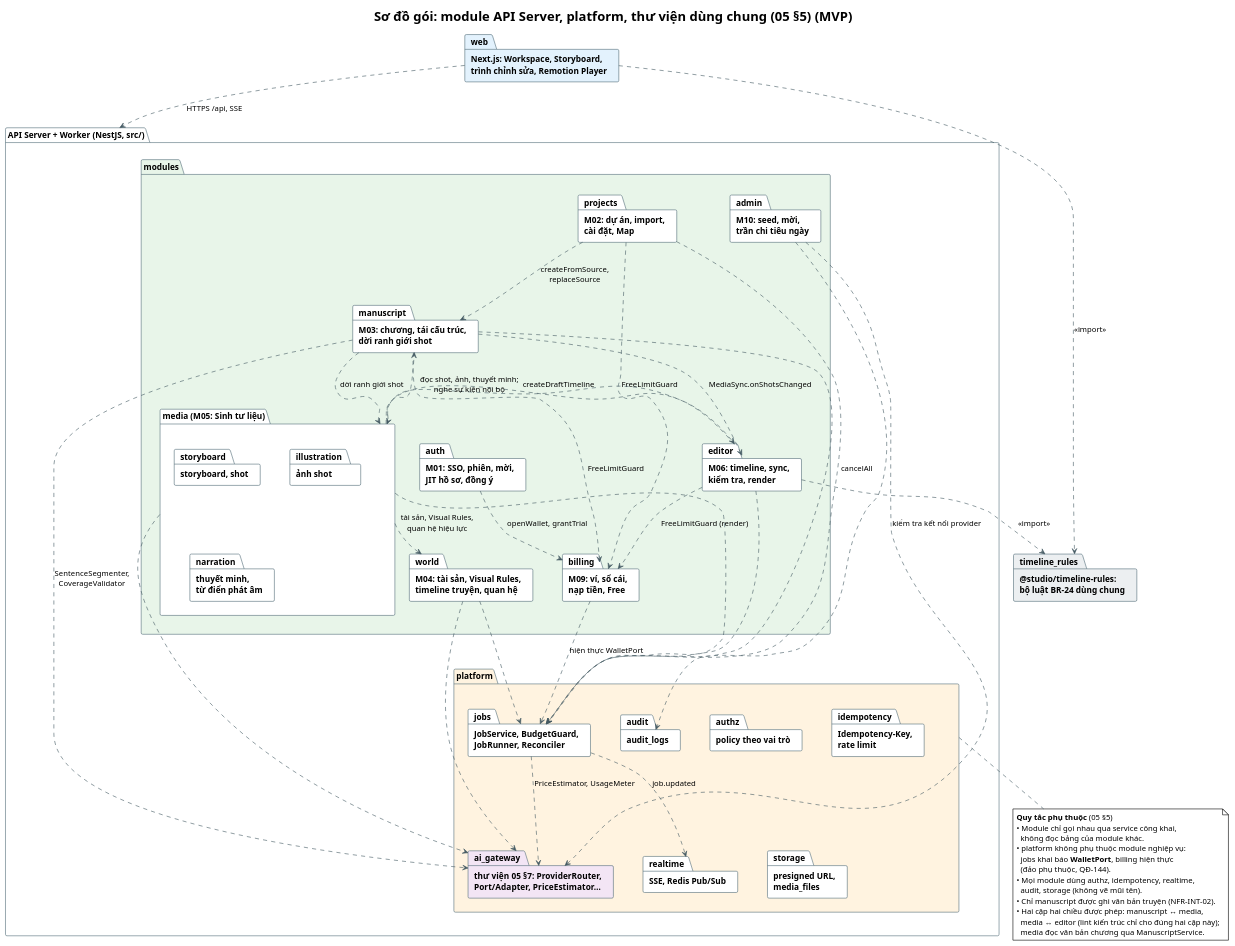
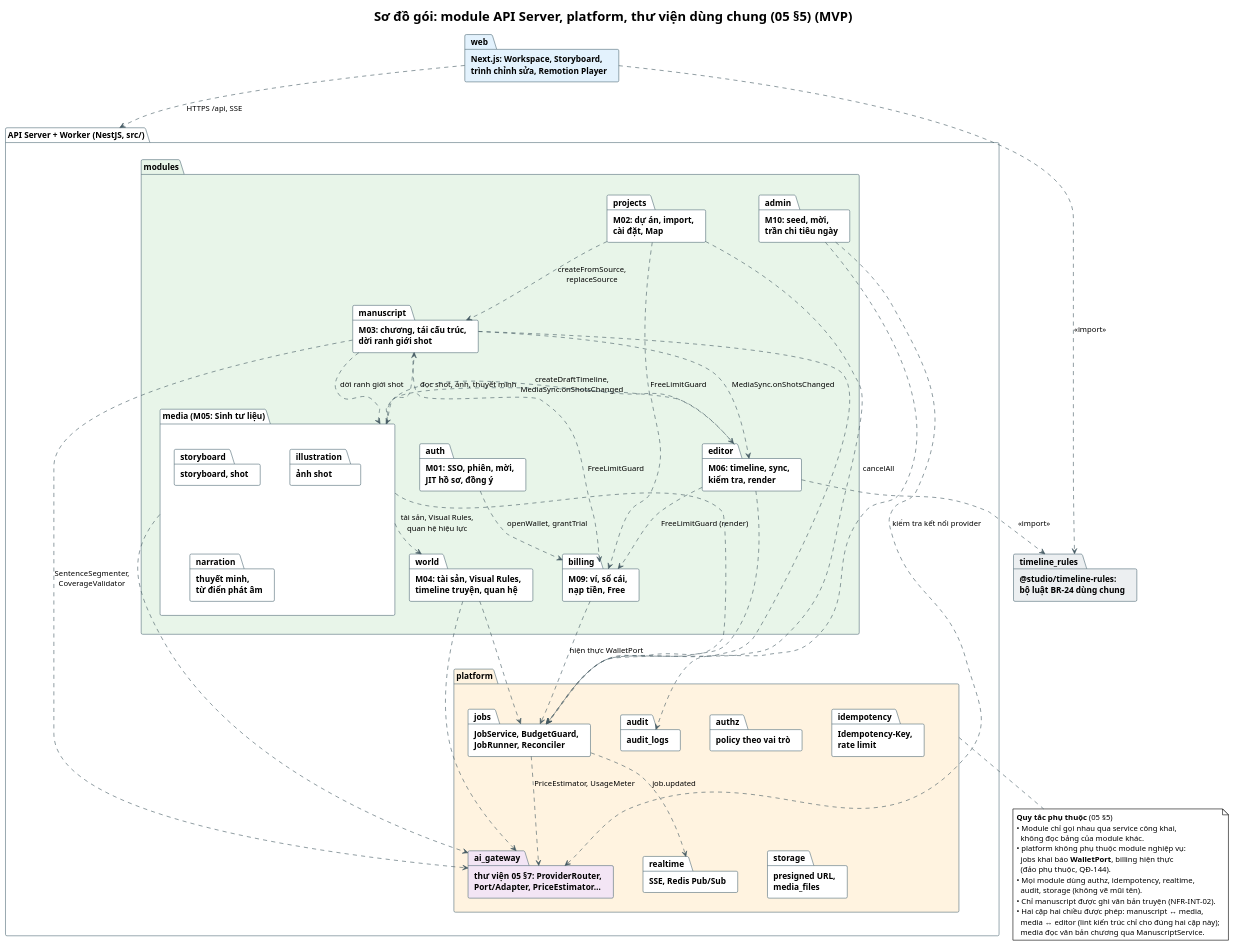
The diagram in demo-c2story/so-do/mvp/03-kien-truc/package-modules-mvp.puml (202416852-anhpv/story2video-docs), drawn with PlantUML before and after one commit. The commit also changed 40 other files, not shown here.

```diff
--- a/demo-c2story/so-do/mvp/03-kien-truc/package-modules-mvp.puml
+++ b/demo-c2story/so-do/mvp/03-kien-truc/package-modules-mvp.puml
@@ -1,94 +1,94 @@
 @startuml Package_Modules_MVP
 ' Sinh tự động bởi so-do/tools/gen_mvp.py - không sửa tay
 ' Sơ đồ gói (UML package diagram) mức thiết kế: module của API Server, platform, thư viện dùng chung và phụ thuộc giữa chúng (05 §5).
 ' Dòng giữa '@sau-mvp và '@/sau-mvp chỉ có ở bản đầy đủ; bản MVP sinh tự động bởi so-do/tools/gen_mvp.py.
 !theme plain
 skinparam defaultFontName "Segoe UI"
 skinparam packageStyle folder
 skinparam nodesep 50
 skinparam ranksep 70
 skinparam ArrowColor #455A64
 skinparam package {
     BorderColor #546E7A
     FontStyle bold
 }
 title Sơ đồ gói: module API Server, platform, thư viện dùng chung (05 §5) (MVP)
 
 package "Next.js: Workspace, Storyboard,\ntrình chỉnh sửa, Remotion Player" as web #E3F2FD
 
 package "API Server + Worker (NestJS, src/)" as api {
     package "modules" as modules #E8F5E9 {
         package "M01: SSO, phiên, mời,\nJIT hồ sơ, đồng ý" as auth
         package "M02: dự án, import,\ncài đặt, Map" as projects
         package "M03: chương, tái cấu trúc,\ndời ranh giới shot" as manuscript
         package "M04: tài sản, Visual Rules,\ntimeline truyện, quan hệ" as world
         package "media (M05: Sinh tư liệu)" as media {
             package "storyboard, shot" as storyboard
             package "ảnh shot" as illustration
             package "thuyết minh,\ntừ điển phát âm" as narration
         }
         package "M06: timeline, sync,\nkiểm tra, render" as editor
         package "M09: ví, sổ cái,\nnạp tiền, Free" as billing
         package "M10: seed, mời,\ntrần chi tiêu ngày" as admin
     }
     package "platform" as platform #FFF3E0 {
         package "JobService, BudgetGuard,\nJobRunner, Reconciler" as jobs
         package "policy theo vai trò" as authz
         package "Idempotency-Key,\nrate limit" as idempotency
         package "SSE, Redis Pub/Sub" as realtime
         package "audit_logs" as audit
         package "presigned URL,\nmedia_files" as storage
         package "thư viện 05 §7: ProviderRouter,\nPort/Adapter, PriceEstimator…" as ai_gateway #F3E5F5
     }
 }
 
 package "@studio/timeline-rules:\nbộ luật BR-24 dùng chung" as timeline_rules #ECEFF1
 
 ' Web App dùng chung bộ luật BR-24 với server
 web ..> timeline_rules : <<import>>
 editor ..> timeline_rules : <<import>>
 web ..> api : HTTPS /api, SSE
 
 ' Phụ thuộc giữa module nghiệp vụ (chỉ qua service công khai)
 auth ..> billing : openWallet, grantTrial
 projects ..> manuscript : createFromSource,\nreplaceSource
 projects ..> billing : FreeLimitGuard
 manuscript ..> media : dời ranh giới shot
 manuscript ..> editor : MediaSync.onShotsChanged
 manuscript ..> billing : FreeLimitGuard
 media ..> manuscript
 media ..> world : tài sản, Visual Rules,\nquan hệ hiệu lực
-media ..> editor : createDraftTimeline
-editor ..> media : đọc shot, ảnh, thuyết minh;\nnghe sự kiện nội bộ
+media ..> editor : createDraftTimeline,\nMediaSync.onShotsChanged
+editor ..> media : đọc shot, ảnh, thuyết minh
 editor ..> billing : FreeLimitGuard (render)
 
 ' Phụ thuộc vào platform
 manuscript ..> jobs
 world ..> jobs
 media ..> jobs
 editor ..> jobs
 projects ..> jobs : cancelAll
 billing ..> jobs : hiện thực WalletPort
 manuscript ..> ai_gateway : SentenceSegmenter,\nCoverageValidator
 world ..> ai_gateway
 media ..> ai_gateway
 admin ..> ai_gateway : kiểm tra kết nối provider
 admin ..> audit
 jobs ..> ai_gateway : PriceEstimator, UsageMeter
 jobs ..> realtime : job.updated
 
 note bottom of platform
   **Quy tắc phụ thuộc** (05 §5)
   • Module chỉ gọi nhau qua service công khai,
     không đọc bảng của module khác.
   • platform không phụ thuộc module nghiệp vụ:
     jobs khai báo **WalletPort**, billing hiện thực
     (đảo phụ thuộc, QĐ-144).
   • Mọi module dùng authz, idempotency, realtime,
     audit, storage (không vẽ mũi tên).
   • Chỉ manuscript được ghi văn bản truyện (NFR-INT-02).
   • Hai cặp hai chiều được phép: manuscript ↔ media,
     media ↔ editor (lint kiến trúc chỉ cho đúng hai cặp này);
     media đọc văn bản chương qua ManuscriptService.
 end note
 @enduml
```
